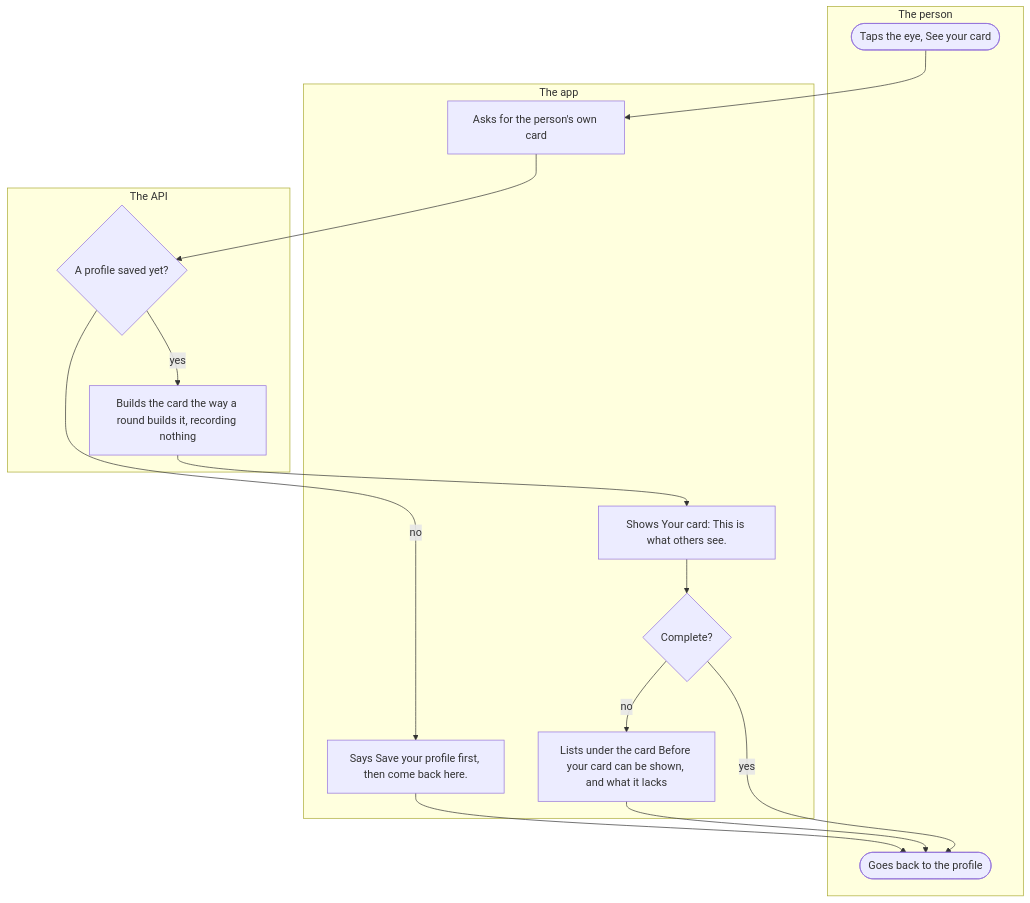
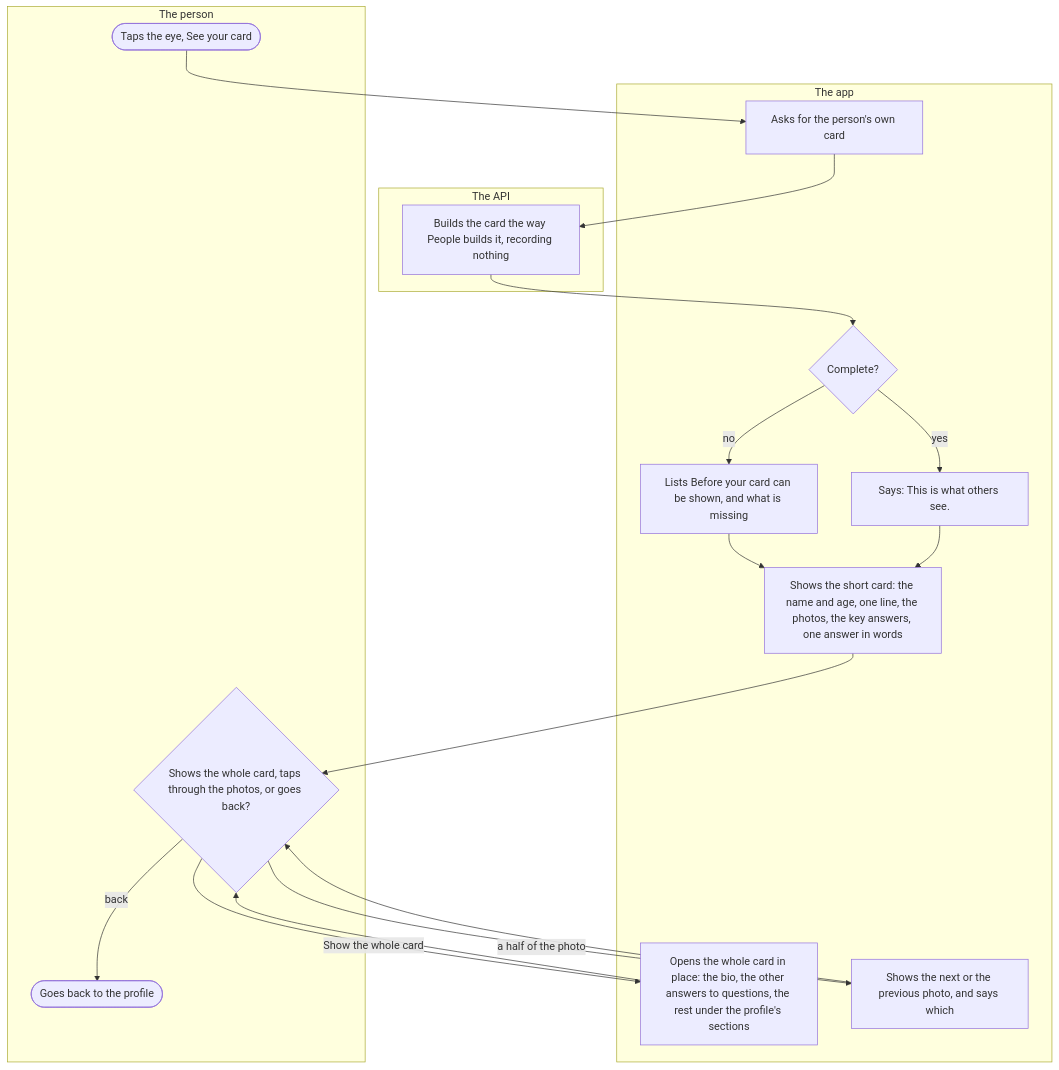
One commit to kuutti-ry/kuutti-app changed the third of 7 diagrams in docs/flows/profile.md. Above: the diagram before and after it, drawn with Mermaid. The commit also changed other lines of this file and 41 other files, not shown here.

First line of the commit message:
Redraw the user flows against today's main, held by check:docs

````diff
--- a/docs/flows/profile.md
+++ b/docs/flows/profile.md
@@ -73,25 +176,35 @@
 ```mermaid
 flowchart TB
   accTitle: The card as others see it
-  accDescr: From the eye on the profile, the person sees their own card, built the way a round builds it and with nothing recorded. While the profile is not complete, the app lists under the card what it still lacks.
+  accDescr: From the eye on the profile, the person sees their own card, built the way People builds it, with nothing recorded. What it still lacks stands above it. The card is short first, and the whole card opens in place under it.
   subgraph person["The person"]
-    s19(["Taps the eye, See your card"])
-    s27(["Goes back to the profile"])
+    s34(["Taps the eye, See your card"])
+    s41{"Shows the whole card, taps through the photos, or goes back?"}
+    s44(["Goes back to the profile"])
   end
   subgraph app["The app"]
-    s20["Asks for the person's own card"]
-    s23["Says Save your profile first, then come back here."]
-    s24["Shows Your card: This is what others see."]
-    s25{"Complete?"}
-    s26["Lists under the card Before your card can be shown, and what it lacks"]
+    s35["Asks for the person's own card"]
+    s37{"Complete?"}
+    s38["Lists Before your card can be shown, and what is missing"]
+    s39["Says: This is what others see."]
+    s40["Shows the short card: the name and age, one line, the photos, the key answers, one answer in words"]
+    s42["Opens the whole card in place: the bio, the other answers to questions, the rest under the profile's sections"]
+    s43["Shows the next or the previous photo, and says which"]
   end
   subgraph api["The API"]
-    s21{"A profile saved yet?"}
-    s22["Builds the card the way a round builds it, recording nothing"]
+    s36["Builds the card the way People builds it, recording nothing"]
   end
-  s19 --> s20 --> s21
-  s21 -->|"no"| s23 --> s27
-  s21 -->|"yes"| s22 --> s24 --> s25
-  s25 -->|"no"| s26 --> s27
-  s25 -->|"yes"| s27
+  s34 --> s35
+  s35 --> s36
+  s36 --> s37
+  s37 -->|"no"| s38
+  s37 -->|"yes"| s39
+  s38 --> s40
+  s39 --> s40
+  s40 --> s41
+  s41 -->|"Show the whole card"| s42
+  s42 --> s41
+  s41 -->|"a half of the photo"| s43
+  s43 --> s41
+  s41 -->|"back"| s44
 ```
````
